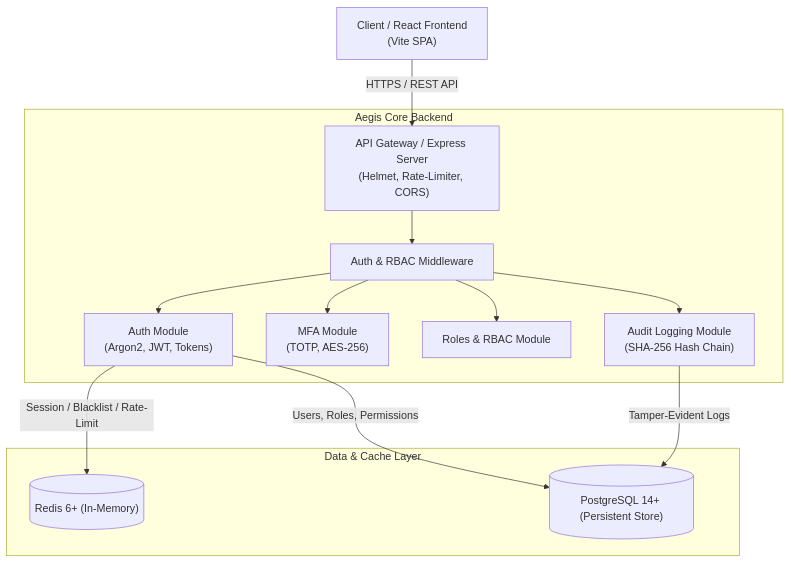
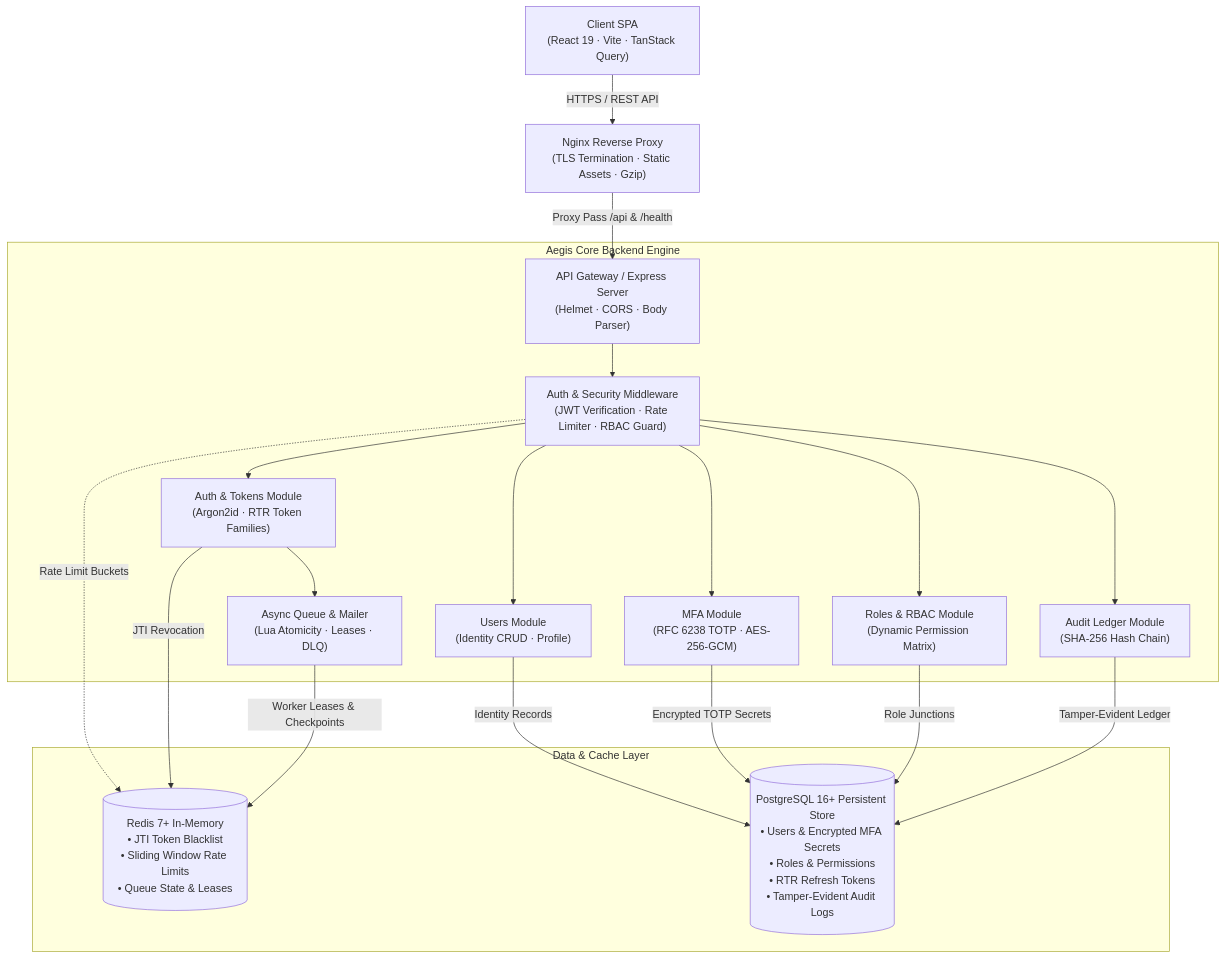
The first of 3 diagrams in ARCHITECTURE.md (Swatantra-66/aegis), drawn with Mermaid before and after one commit. The commit also changed 1 other file, not shown here.

Commit message:
docs: align architecture diagrams with actual Aegis subsystem topology

````diff
--- a/ARCHITECTURE.md
+++ b/ARCHITECTURE.md
@@ -9,18 +9,26 @@
 ```mermaid
 graph TD
-    Client["Client / React Frontend\n(Vite SPA)"] -->|HTTPS / REST API| Gateway["API Gateway / Express Server\n(Helmet, Rate-Limiter, CORS)"]
+    Client["Client SPA\n(React 19 · Vite · TanStack Query)"] -->|HTTPS / REST API| Nginx["Nginx Reverse Proxy\n(TLS Termination · Static Assets · Gzip)"]
+    Nginx -->|Proxy Pass /api & /health| Gateway["API Gateway / Express Server\n(Helmet · CORS · Body Parser)"]
     
-    subgraph "Aegis Core Backend"
-        Gateway --> AuthMW["Auth & RBAC Middleware"]
-        AuthMW --> AuthMod["Auth Module\n(Argon2, JWT, Tokens)"]
-        AuthMW --> MfaMod["MFA Module\n(TOTP, AES-256)"]
-        AuthMW --> RolesMod["Roles & RBAC Module"]
-        AuthMW --> AuditMod["Audit Logging Module\n(SHA-256 Hash Chain)"]
+    subgraph "Aegis Core Backend Engine"
+        Gateway --> MW["Auth & Security Middleware\n(JWT Verification · Rate Limiter · RBAC Guard)"]
+        MW --> AuthMod["Auth & Tokens Module\n(Argon2id · RTR Token Families)"]
+        MW --> UsersMod["Users Module\n(Identity CRUD · Profile)"]
+        MW --> MfaMod["MFA Module\n(RFC 6238 TOTP · AES-256-GCM)"]
+        MW --> RolesMod["Roles & RBAC Module\n(Dynamic Permission Matrix)"]
+        MW --> AuditMod["Audit Ledger Module\n(SHA-256 Hash Chain)"]
+        AuthMod --> QueueSvc["Async Queue & Mailer\n(Lua Atomicity · Leases · DLQ)"]
     end
 
     subgraph "Data & Cache Layer"
-        AuthMod -->|Session / Blacklist / Rate-Limit| Redis[("Redis 6+ (In-Memory)")]
-        AuthMod -->|Users, Roles, Permissions| Postgres[("PostgreSQL 14+ (Persistent Store)")]
-        AuditMod -->|Tamper-Evident Logs| Postgres
+        MW -.->|Rate Limit Buckets| Redis[("Redis 7+ In-Memory\n• JTI Token Blacklist\n• Sliding Window Rate Limits\n• Queue State & Leases")]
+        AuthMod -->|JTI Revocation| Redis
+        QueueSvc -->|Worker Leases & Checkpoints| Redis
+
+        UsersMod -->|Identity Records| Postgres[("PostgreSQL 16+ Persistent Store\n• Users & Encrypted MFA Secrets\n• Roles & Permissions\n• RTR Refresh Tokens\n• Tamper-Evident Audit Logs")]
+        MfaMod -->|Encrypted TOTP Secrets| Postgres
+        RolesMod -->|Role Junctions| Postgres
+        AuditMod -->|Tamper-Evident Ledger| Postgres
     end
 ```
````
